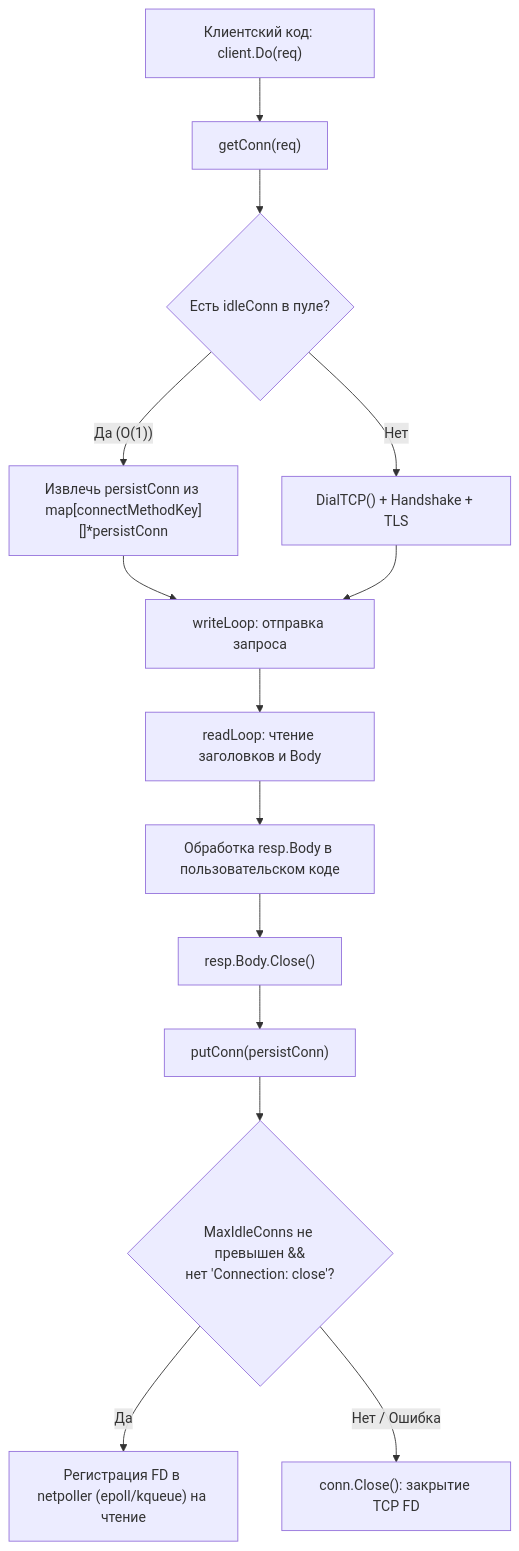
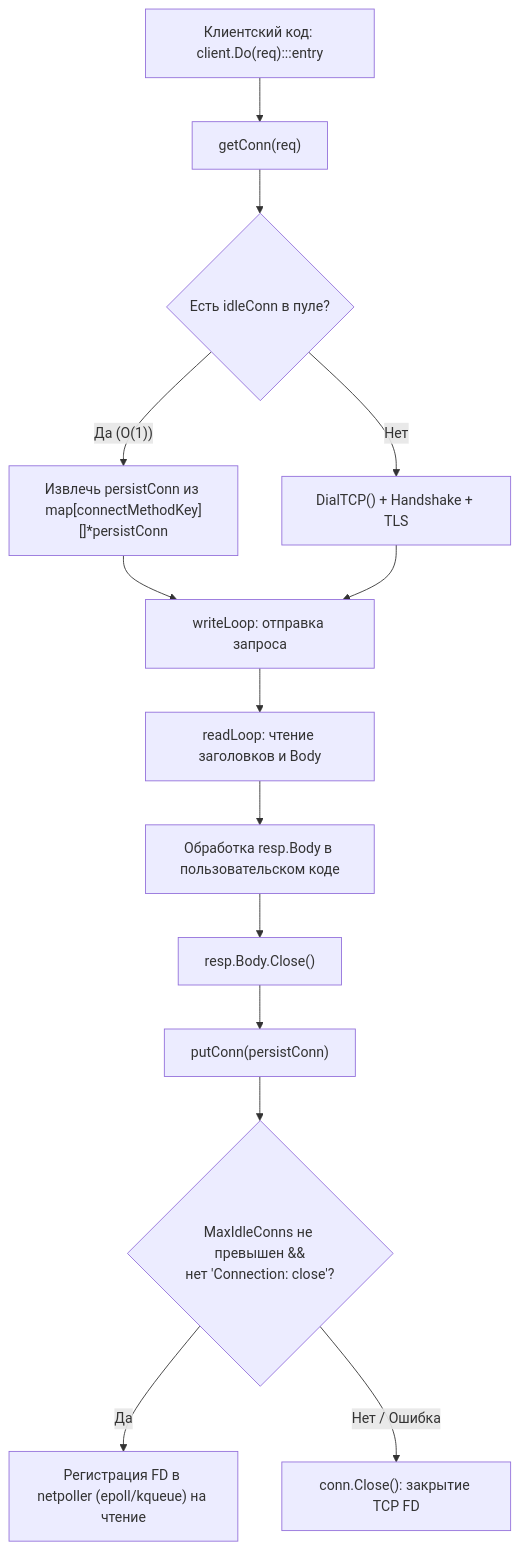
The second of 5 diagrams in sources/3. Компьютерные сети и сетевой стек/21. HTTP 1.1 под капотом. Keep Alive, Chunked Encoding, Pipelining.md (UnrealTemplier/go-textbook), drawn with Mermaid before and after one commit. The commit also changed other lines of this file and 1666 other files, not shown here.

First line of the commit message:
feat(mermaid): add semantic color classDef to 1369 colorless flowchart/graph diagrams

````diff
--- a/sources/3. Компьютерные сети и сетевой стек/21. HTTP 1.1 под капотом. Keep Alive, Chunked Encoding, Pipelining.md
+++ b/sources/3. Компьютерные сети и сетевой стек/21. HTTP 1.1 под капотом. Keep Alive, Chunked Encoding, Pipelining.md
@@ -70,21 +70,31 @@
 ```mermaid
 flowchart TD
-    Client["Клиентский код: client.Do(req)"] --> GetConn["getConn(req)"]
+    classDef process  fill:#1e293b,stroke:#38bdf8,stroke-width:1px,color:#f8fafc
+    classDef success  fill:#064e3b,stroke:#34d399,stroke-width:1px,color:#f8fafc
+    classDef error    fill:#7f1d1d,stroke:#f87171,stroke-width:1px,color:#f8fafc
+    classDef warning  fill:#78350f,stroke:#fbbf24,stroke-width:1px,color:#f8fafc
+    classDef entry    fill:#1e3a5f,stroke:#38bdf8,stroke-width:2px,color:#f8fafc
+    classDef aux      fill:#334155,stroke:#64748b,stroke-width:1px,color:#f8fafc
+    classDef system   fill:#312e81,stroke:#a78bfa,stroke-width:1px,color:#f8fafc
+    classDef data     fill:#132d29,stroke:#2dd4bf,stroke-width:1px,color:#f8fafc
+    classDef network  fill:#881337,stroke:#fb7185,stroke-width:1px,color:#f8fafc
+    classDef accent   fill:#1e1b4b,stroke:#818cf8,stroke-width:1px,color:#f8fafc
+    Client["Клиентский код: client.Do(req):::entry"] --> GetConn["getConn(req)"]
     GetConn --> CheckPool{"Есть idleConn в пуле?"}
     
     CheckPool -- "Да (O(1))" --> ReuseConn["Извлечь persistConn из map[connectMethodKey][]*persistConn"]
     CheckPool -- "Нет" --> DialNew["DialTCP() + Handshake + TLS"]
     
     ReuseConn --> WriteData["writeLoop: отправка запроса"]
     DialNew --> WriteData
     
     WriteData --> ReadResp["readLoop: чтение заголовков и Body"]
     ReadResp --> UserCode["Обработка resp.Body в пользовательском коде"]
     UserCode --> CloseBody["resp.Body.Close()"]
     
     CloseBody --> PutConn["putConn(persistConn)"]
     PutConn --> CheckConditions{"MaxIdleConns не превышен &&<br/>нет 'Connection: close'?"}
     
     CheckConditions -- "Да" --> NetpollerWait["Регистрация FD в netpoller (epoll/kqueue) на чтение"]
     CheckConditions -- "Нет / Ошибка" --> CloseFD["conn.Close(): закрытие TCP FD"]
 ```
````
